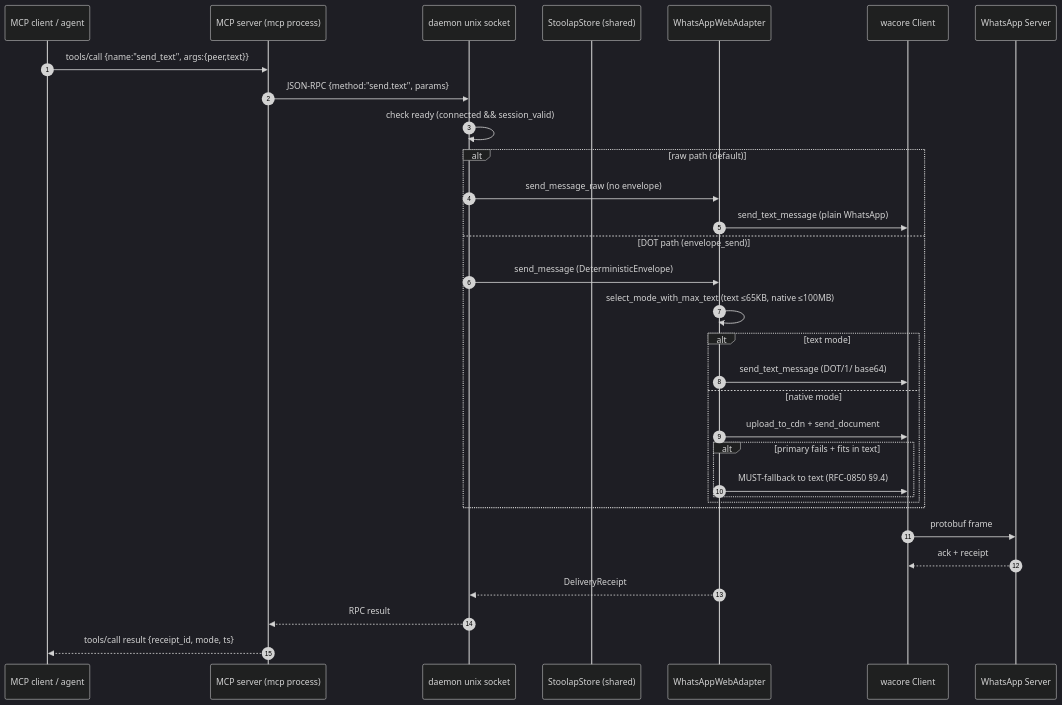
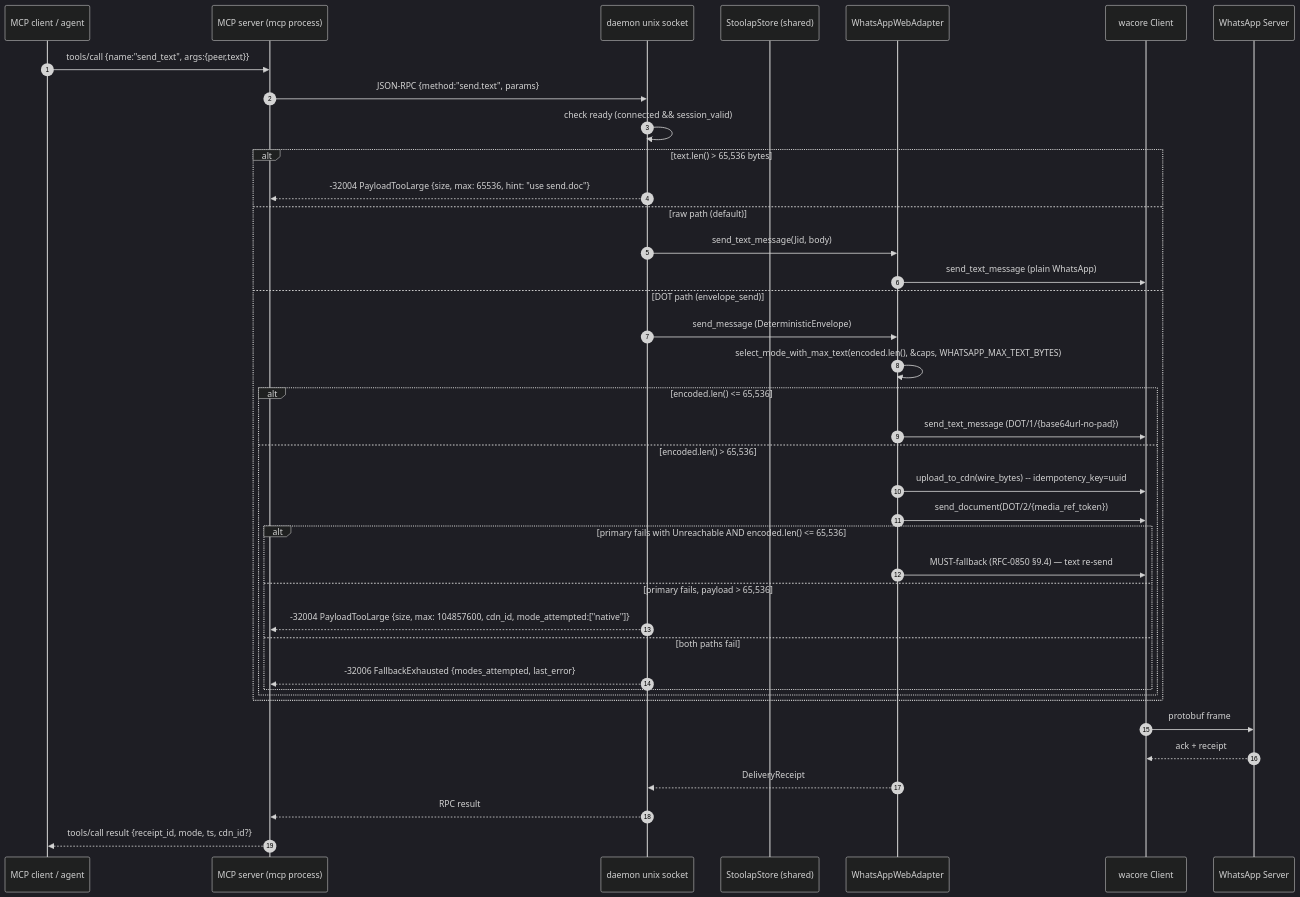
One commit to CipherOcto/cipherocto changed the second of 3 diagrams in docs/plans/2026-07-04-whatsapp-runtime-cli-mcp-design.md. Above: the diagram before and after it, drawn with Mermaid (dark theme). The commit also changed other lines of this file, not shown here.

````diff
--- a/docs/plans/2026-07-04-whatsapp-runtime-cli-mcp-design.md
+++ b/docs/plans/2026-07-04-whatsapp-runtime-cli-mcp-design.md
@@ -795,35 +1128,42 @@
 ```mermaid
 sequenceDiagram
   autonumber
   participant MCP as MCP client / agent
   participant MS as MCP server (mcp process)
   participant DC as daemon unix socket
   participant ST as StoolapStore (shared)
   participant AD as WhatsAppWebAdapter
   participant WC as wacore Client
   participant WS as WhatsApp Server
 
   MCP->>MS: tools/call {name:"send_text", args:{peer,text}}
   MS->>DC: JSON-RPC {method:"send.text", params}
   DC->>DC: check ready (connected && session_valid)
-  alt raw path (default)
-    DC->>AD: send_message_raw (no envelope)
+  alt text.len() > 65,536 bytes
+    DC-->>MS: -32004 PayloadTooLarge {size, max: 65536, hint: "use send.doc"}
+  else raw path (default)
+    DC->>AD: send_text_message(Jid, body)   # wacore direct, no DOT
     AD->>WC: send_text_message (plain WhatsApp)
   else DOT path (envelope_send)
     DC->>AD: send_message (DeterministicEnvelope)
-    AD->>AD: select_mode_with_max_text (text ≤65KB, native ≤100MB)
-    alt text mode
-      AD->>WC: send_text_message (DOT/1/ base64)
-    else native mode
-      AD->>WC: upload_to_cdn + send_document
-      alt primary fails + fits in text
-        AD->>WC: MUST-fallback to text (RFC-0850 §9.4)
+    AD->>AD: select_mode_with_max_text(encoded.len(), &caps, WHATSAPP_MAX_TEXT_BYTES)
+    alt encoded.len() <= 65,536
+      AD->>WC: send_text_message (DOT/1/{base64url-no-pad})
+    else encoded.len() > 65,536
+      AD->>WC: upload_to_cdn(wire_bytes) -- idempotency_key=uuid
+      AD->>WC: send_document(DOT/2/{media_ref_token})
+      alt primary fails with Unreachable AND encoded.len() <= 65,536
+        AD->>WC: MUST-fallback (RFC-0850 §9.4) — text re-send
+      else primary fails, payload > 65,536
+        DC-->>MS: -32004 PayloadTooLarge {size, max: 104857600, cdn_id, mode_attempted:["native"]}
+      else both paths fail
+        DC-->>MS: -32006 FallbackExhausted {modes_attempted, last_error}
       end
     end
   end
   WC->>WS: protobuf frame
   WS-->>WC: ack + receipt
   AD-->>DC: DeliveryReceipt
   DC-->>MS: RPC result
-  MS-->>MCP: tools/call result {receipt_id, mode, ts}
+  MS-->>MCP: tools/call result {receipt_id, mode, ts, cdn_id?}
 ```
````
